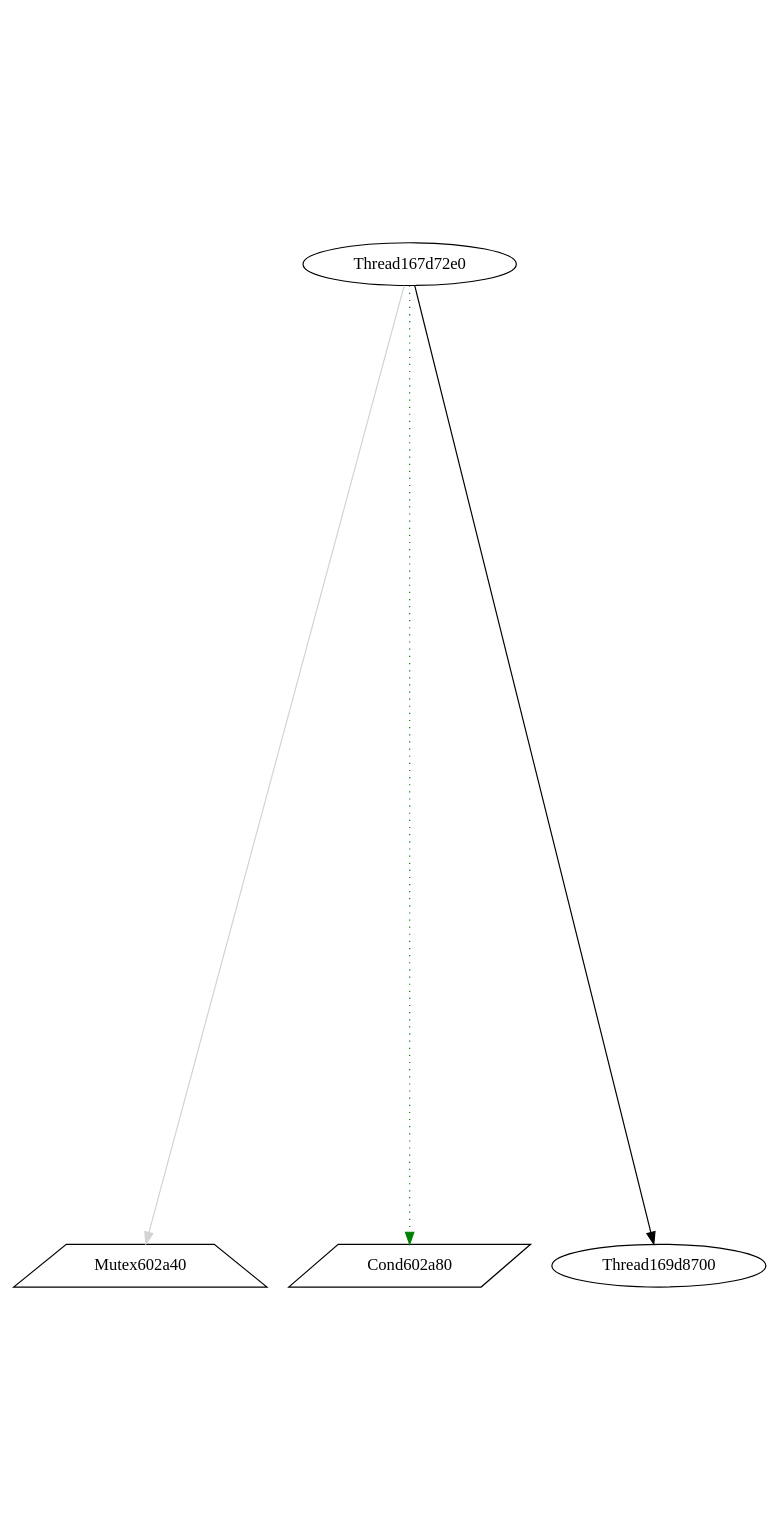
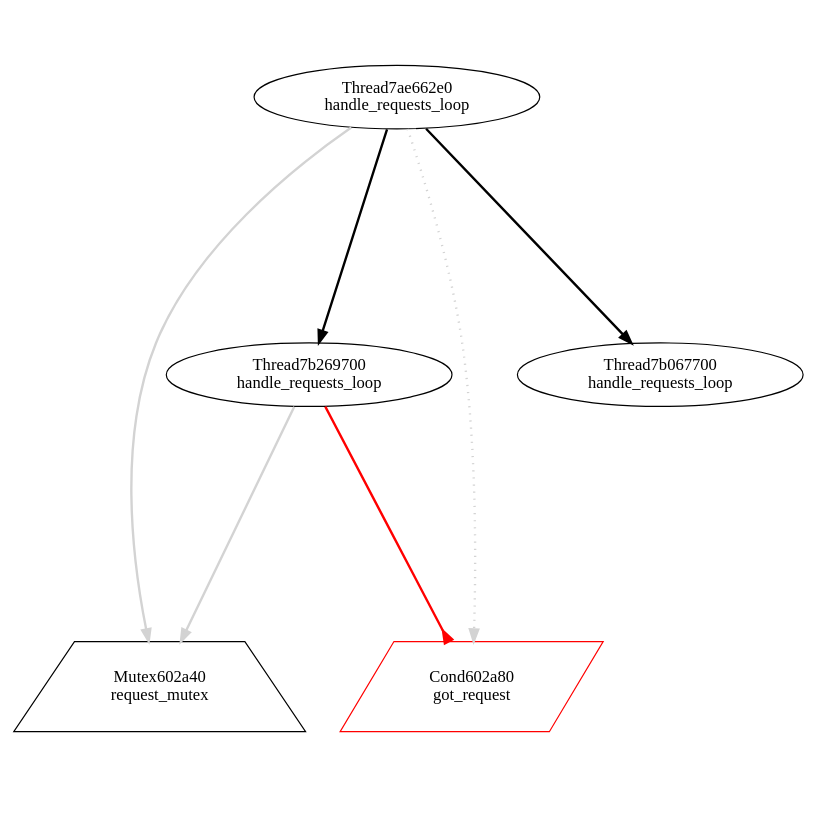
The diagram in view/dot/graph023.dot (v4o6/cs410), drawn with Graphviz before and after one commit. The commit also changed 289 other files, not shown here.

```diff
--- a/view/dot/graph023.dot
+++ b/view/dot/graph023.dot
@@ -1,10 +1,14 @@
 digraph G {
-graph[center=true, ratio=2];
-Mutex602a40 [shape=trapezium,color=black];
-Cond602a80 [shape=parallelogram,color=black];
-Thread169d8700 [color=black];
-Thread167d72e0 [color=black];
-Thread167d72e0 -> Mutex602a40 [arrowhead=normal,color=lightgray];
-Thread167d72e0 -> Cond602a80 [style=dotted,color=green];
-Thread167d72e0 -> Thread169d8700 [arrowhead=normal];
+graph[center=true, ratio=1];
+Mutex602a40 [shape=trapezium,color=black,label="Mutex602a40\nrequest_mutex"];
+Cond602a80 [shape=parallelogram,color=red,label="Cond602a80\ngot_request"];
+Thread7ae662e0 [color=black,label="Thread7ae662e0\nhandle_requests_loop"];
+Thread7ae662e0 -> Mutex602a40 [arrowhead=normal,color=lightgray,penwidth=2];
+Thread7ae662e0 -> Cond602a80 [style=dotted,color=lightgray,penwidth=2];
+Thread7ae662e0 -> Thread7b269700 [arrowhead=normal,penwidth=2];
+Thread7ae662e0 -> Thread7b067700 [arrowhead=normal,penwidth=2];
+Thread7b269700 [color=black,label="Thread7b269700\nhandle_requests_loop"];
+Thread7b269700 -> Mutex602a40 [arrowhead=normal,color=lightgray,penwidth=2];
+Thread7b269700 -> Cond602a80 [arrowhead=inv,color=red,penwidth=2];
+Thread7b067700 [color=black,label="Thread7b067700\nhandle_requests_loop"];
 }
```
